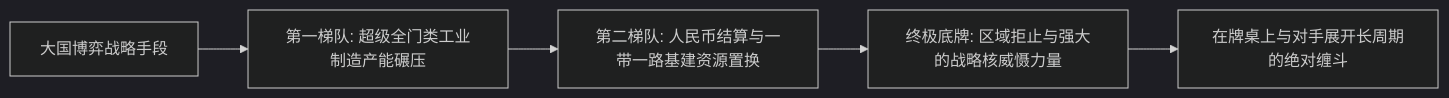
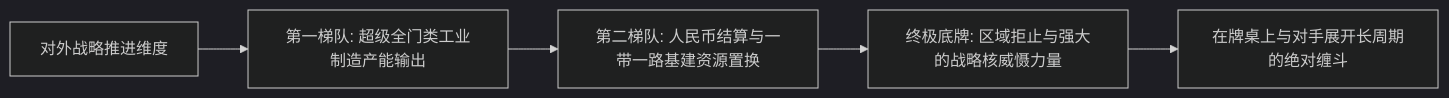
Before and after one commit to Terry-/glog: the second of 2 diagrams in src/content/blog/Global Sea Power and the Geopolitics of Modern Empire 2026-10-25.md, drawn with Mermaid (dark theme). The commit also changed other lines of this file and 12 other files, not shown here.

````diff
--- a/src/content/blog/Global Sea Power and the Geopolitics of Modern Empire 2026-10-25.md
+++ b/src/content/blog/Global Sea Power and the Geopolitics of Modern Empire 2026-10-25.md
@@ -78,7 +78,7 @@
 ```mermaid
 graph LR
-    A["大国博弈战略手段"] --> B["第一梯队: 超级全门类工业制造产能碾压"]
+    A["对外战略推进维度"] --> B["第一梯队: 超级全门类工业制造产能输出"]
     B --> C["第二梯队: 人民币结算与一带一路基建资源置换"]
     C --> D["终极底牌: 区域拒止与强大的战略核威慑力量"]
     D --> E["在牌桌上与对手展开长周期的绝对缠斗"]
 ```
````
